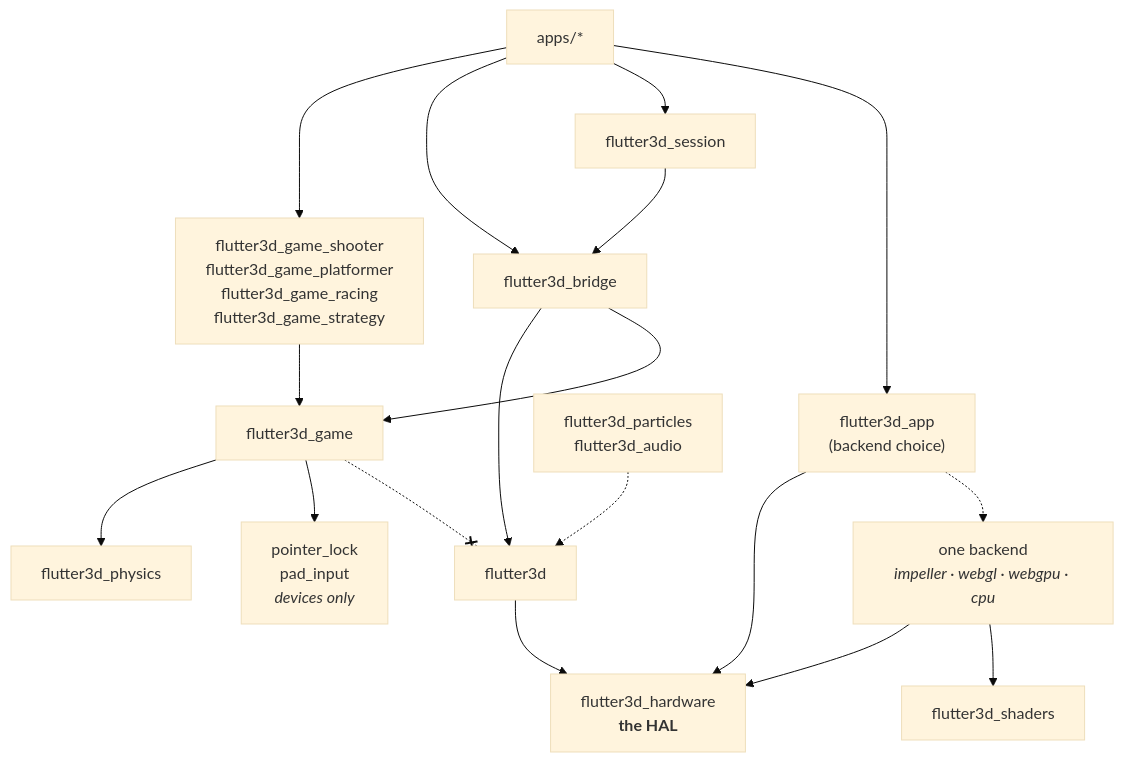
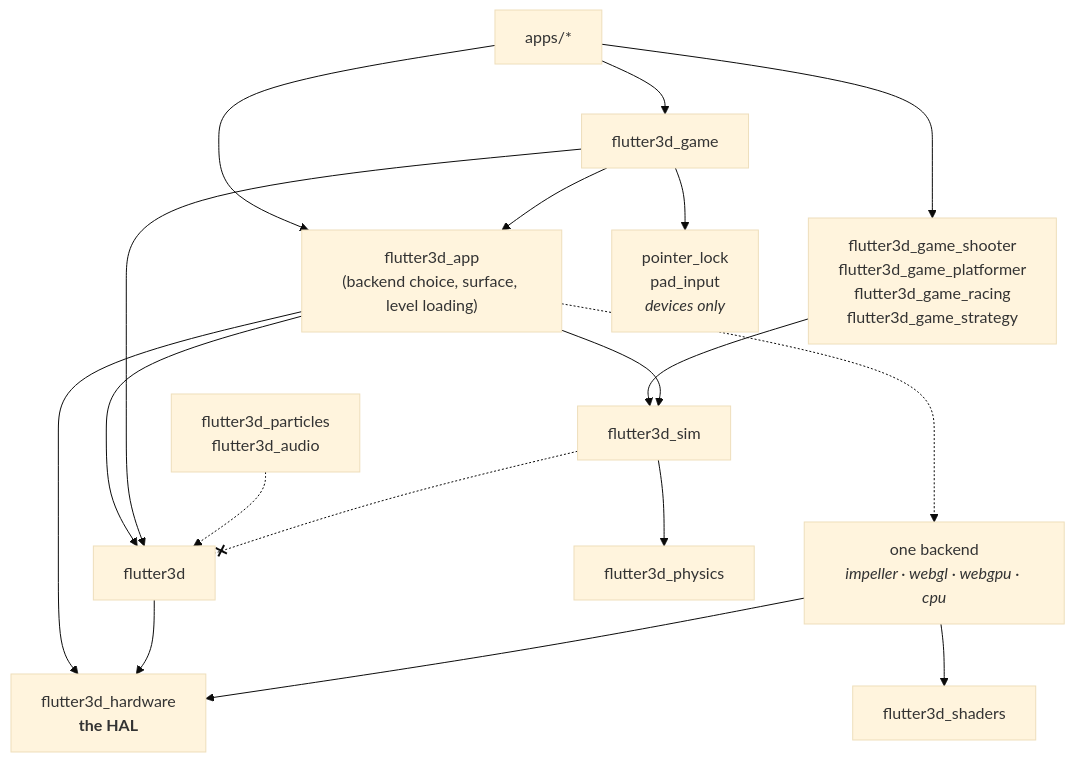
The diagram in site/content/reference/packages.md (pleiondev/flutter3d), drawn with Mermaid (base theme) before and after one commit. The commit also changed other lines of this file and 344 other files, not shown here.

First line of the commit message:
Split flutter3d_session and flutter3d_bridge between flutter3d_app and flutter3d_game.

````diff
--- a/site/content/reference/packages.md
+++ b/site/content/reference/packages.md
@@ -284,22 +274,22 @@
 ```mermaid
 flowchart TB
   apps["apps/*"] --> genres["flutter3d_game_shooter<br>flutter3d_game_platformer<br>flutter3d_game_racing<br>flutter3d_game_strategy"]
-  apps --> bridge["flutter3d_bridge"]
-  apps --> session["flutter3d_session"]
-  apps --> picker["flutter3d_app<br>(backend choice)"]
-  picker --> gfx["flutter3d_hardware<br><b>the HAL</b>"]
-  picker -.-> onebackend["one backend<br><i>impeller · webgl · webgpu · cpu</i>"]
-  session --> bridge
-  genres --> game["flutter3d_game"]
-  bridge --> engine["flutter3d"]
-  bridge --> game
-  game --> physics["flutter3d_physics"]
+  apps --> game["flutter3d_game"]
+  apps --> app["flutter3d_app<br>(backend choice, surface, level loading)"]
+  game --> app
+  genres --> sim["flutter3d_sim"]
+  app --> gfx["flutter3d_hardware<br><b>the HAL</b>"]
+  app -.-> onebackend["one backend<br><i>impeller · webgl · webgpu · cpu</i>"]
+  app --> engine["flutter3d"]
+  app --> sim
+  game --> engine
+  sim --> physics["flutter3d_physics"]
   engine --> gfx
   onebackend --> gfx
   onebackend --> shaders["flutter3d_shaders"]
   extras["flutter3d_particles<br>flutter3d_audio"] -.-> engine
   game --> devices["pointer_lock<br>pad_input<br><i>devices only</i>"]
 
   classDef forbidden stroke-dasharray: 4 3
-  game -.-x engine
+  sim -.-x engine
 ```
````
